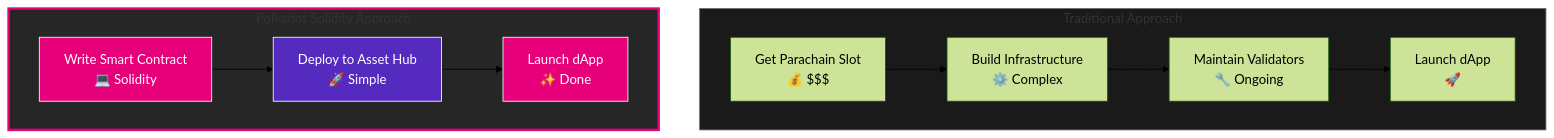
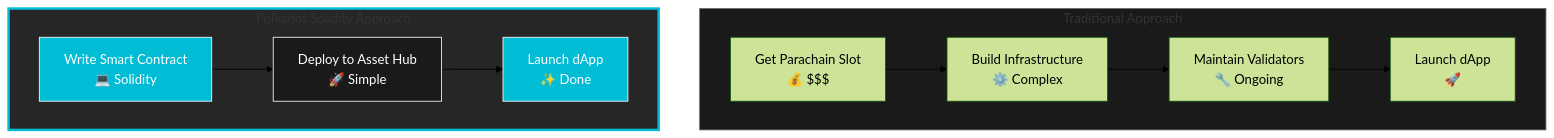
Before and after one commit to openguild-labs/polkadot-codecamp: the fourth of 7 diagrams in slides/build-on-polkadot-narratives.md, drawn with Mermaid (forest theme). The commit also changed other lines of this file and 6 other files, not shown here.

````diff
--- a/slides/build-on-polkadot-narratives.md
+++ b/slides/build-on-polkadot-narratives.md
@@ -250,23 +250,23 @@
 ```mermaid
 graph TB
     subgraph TRAD[Traditional Approach]
         T1[Get Parachain Slot<br/>💰 $$$]
         T2[Build Infrastructure<br/>⚙️ Complex]
         T3[Maintain Validators<br/>🔧 Ongoing]
         T4[Launch dApp<br/>🚀]
         T1 --> T2 --> T3 --> T4
     end
 
     subgraph HUB[Polkadot Solidity Approach]
         H1[Write Smart Contract<br/>💻 Solidity]
         H2[Deploy to Asset Hub<br/>🚀 Simple]
         H3[Launch dApp<br/>✨ Done]
         H1 --> H2 --> H3
     end
 
     style TRAD fill:#1a1a1a,stroke:#666
-    style HUB fill:#262626,stroke:#E6007A,stroke-width:3px
-    style H1 fill:#E6007A,stroke:#fff,color:#fff
-    style H2 fill:#552BBF,stroke:#fff,color:#fff
-    style H3 fill:#E6007A,stroke:#fff,color:#fff
+    style HUB fill:#262626,stroke:#00BCD4,stroke-width:3px
+    style H1 fill:#00BCD4,stroke:#fff,color:#fff
+    style H2 fill:#1a1a1a,stroke:#fff,color:#fff
+    style H3 fill:#00BCD4,stroke:#fff,color:#fff
 ```
````
